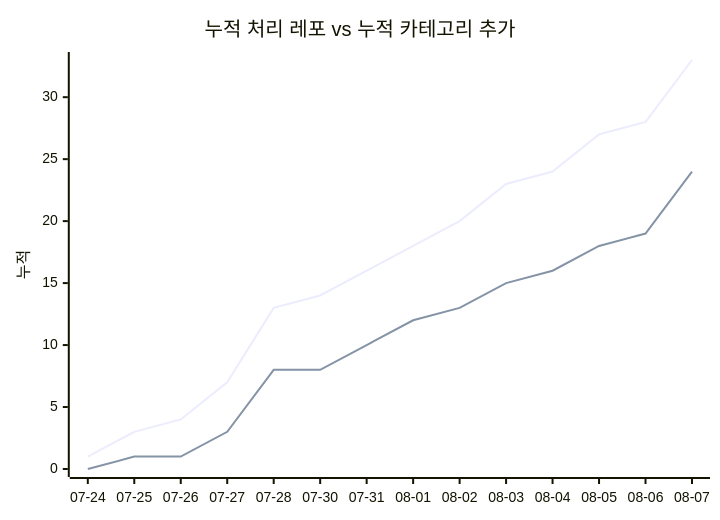
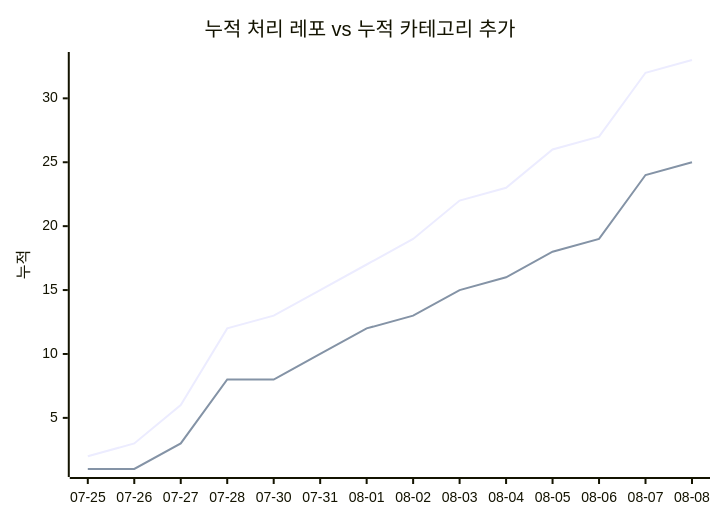
One commit to J-nowcow/awesome-korean-agent-skills changed the second of 2 diagrams in docs/trends.md. Above: the diagram before and after it, drawn with Mermaid. The commit also changed other lines of this file and 4 other files, not shown here.

````diff
--- a/docs/trends.md
+++ b/docs/trends.md
@@ -68,8 +68,8 @@
 ```mermaid
 xychart-beta
     title "누적 처리 레포 vs 누적 카테고리 추가"
-    x-axis ["07-24","07-25","07-26","07-27","07-28","07-30","07-31","08-01","08-02","08-03","08-04","08-05","08-06","08-07"]
+    x-axis ["07-25","07-26","07-27","07-28","07-30","07-31","08-01","08-02","08-03","08-04","08-05","08-06","08-07","08-08"]
     y-axis "누적"
-    line [1,3,4,7,13,14,16,18,20,23,24,27,28,33]
-    line [0,1,1,3,8,8,10,12,13,15,16,18,19,24]
+    line [2,3,6,12,13,15,17,19,22,23,26,27,32,33]
+    line [1,1,3,8,8,10,12,13,15,16,18,19,24,25]
 ```
````
